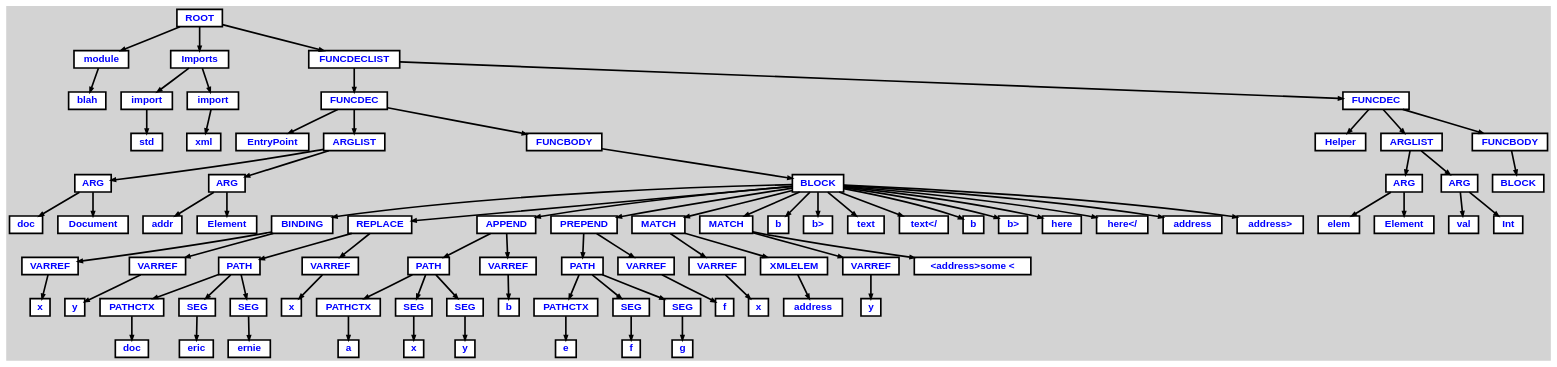
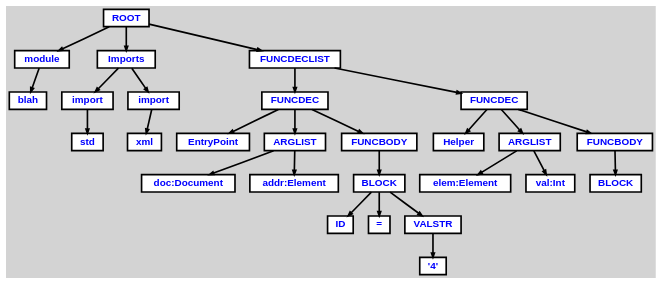
One commit to aabs/xmlpl changed the diagram in test-documents/AST.dot. Above: the diagram before and after it, drawn with Graphviz. The commit also changed 28 other files, not shown here.

```diff
--- a/test-documents/AST.dot
+++ b/test-documents/AST.dot
@@ -25,114 +25,27 @@
   n10 [label="EntryPoint"];
   n11 [label="ARGLIST"];
   n11 [label="ARGLIST"];
-  n12 [label="ARG"];
-  n12 [label="ARG"];
-  n13 [label="doc"];
-  n14 [label="Document"];
-  n15 [label="ARG"];
-  n15 [label="ARG"];
-  n16 [label="addr"];
-  n17 [label="Element"];
-  n18 [label="FUNCBODY"];
-  n18 [label="FUNCBODY"];
-  n19 [label="BLOCK"];
-  n19 [label="BLOCK"];
-  n20 [label="BINDING"];
-  n20 [label="BINDING"];
-  n21 [label="VARREF"];
-  n21 [label="VARREF"];
-  n22 [label="x"];
-  n23 [label="VARREF"];
-  n23 [label="VARREF"];
-  n24 [label="y"];
-  n25 [label="REPLACE"];
-  n25 [label="REPLACE"];
-  n26 [label="PATH"];
-  n26 [label="PATH"];
-  n27 [label="PATHCTX"];
-  n27 [label="PATHCTX"];
-  n28 [label="doc"];
-  n29 [label="SEG"];
-  n29 [label="SEG"];
-  n30 [label="eric"];
-  n31 [label="SEG"];
-  n31 [label="SEG"];
-  n32 [label="ernie"];
-  n33 [label="VARREF"];
-  n33 [label="VARREF"];
-  n34 [label="x"];
-  n35 [label="APPEND"];
-  n35 [label="APPEND"];
-  n36 [label="PATH"];
-  n36 [label="PATH"];
-  n37 [label="PATHCTX"];
-  n37 [label="PATHCTX"];
-  n38 [label="a"];
-  n39 [label="SEG"];
-  n39 [label="SEG"];
-  n40 [label="x"];
-  n41 [label="SEG"];
-  n41 [label="SEG"];
-  n42 [label="y"];
-  n43 [label="VARREF"];
-  n43 [label="VARREF"];
-  n44 [label="b"];
-  n45 [label="PREPEND"];
-  n45 [label="PREPEND"];
-  n46 [label="PATH"];
-  n46 [label="PATH"];
-  n47 [label="PATHCTX"];
-  n47 [label="PATHCTX"];
-  n48 [label="e"];
-  n49 [label="SEG"];
-  n49 [label="SEG"];
-  n50 [label="f"];
-  n51 [label="SEG"];
-  n51 [label="SEG"];
-  n52 [label="g"];
-  n53 [label="VARREF"];
-  n53 [label="VARREF"];
-  n54 [label="f"];
-  n55 [label="MATCH"];
-  n55 [label="MATCH"];
-  n56 [label="VARREF"];
-  n56 [label="VARREF"];
-  n57 [label="x"];
-  n58 [label="XMLELEM"];
-  n58 [label="XMLELEM"];
-  n59 [label="address"];
-  n60 [label="MATCH"];
-  n60 [label="MATCH"];
-  n61 [label="VARREF"];
-  n61 [label="VARREF"];
-  n62 [label="y"];
-  n63 [label="<address>some <"];
-  n64 [label="b"];
-  n65 [label="b>"];
-  n66 [label="text"];
-  n67 [label="text</"];
-  n68 [label="b"];
-  n69 [label="b>"];
-  n70 [label="here"];
-  n71 [label="here</"];
-  n72 [label="address"];
-  n73 [label="address>"];
-  n74 [label="FUNCDEC"];
-  n74 [label="FUNCDEC"];
-  n75 [label="Helper"];
-  n76 [label="ARGLIST"];
-  n76 [label="ARGLIST"];
-  n77 [label="ARG"];
-  n77 [label="ARG"];
-  n78 [label="elem"];
-  n79 [label="Element"];
-  n80 [label="ARG"];
-  n80 [label="ARG"];
-  n81 [label="val"];
-  n82 [label="Int"];
-  n83 [label="FUNCBODY"];
-  n83 [label="FUNCBODY"];
-  n84 [label="BLOCK"];
+  n12 [label="doc:Document"];
+  n13 [label="addr:Element"];
+  n14 [label="FUNCBODY"];
+  n14 [label="FUNCBODY"];
+  n15 [label="BLOCK"];
+  n15 [label="BLOCK"];
+  n16 [label="ID"];
+  n17 [label="="];
+  n18 [label="VALSTR"];
+  n18 [label="VALSTR"];
+  n19 [label="'4'"];
+  n20 [label="FUNCDEC"];
+  n20 [label="FUNCDEC"];
+  n21 [label="Helper"];
+  n22 [label="ARGLIST"];
+  n22 [label="ARGLIST"];
+  n23 [label="elem:Element"];
+  n24 [label="val:Int"];
+  n25 [label="FUNCBODY"];
+  n25 [label="FUNCBODY"];
+  n26 [label="BLOCK"];
 
   n0 -> n1 // "ROOT" -> "module"
   n1 -> n2 // "module" -> "blah"
@@ -145,78 +58,20 @@
   n8 -> n9 // "FUNCDECLIST" -> "FUNCDEC"
   n9 -> n10 // "FUNCDEC" -> "EntryPoint"
   n9 -> n11 // "FUNCDEC" -> "ARGLIST"
-  n11 -> n12 // "ARGLIST" -> "ARG"
-  n12 -> n13 // "ARG" -> "doc"
-  n12 -> n14 // "ARG" -> "Document"
-  n11 -> n15 // "ARGLIST" -> "ARG"
-  n15 -> n16 // "ARG" -> "addr"
-  n15 -> n17 // "ARG" -> "Element"
-  n9 -> n18 // "FUNCDEC" -> "FUNCBODY"
-  n18 -> n19 // "FUNCBODY" -> "BLOCK"
-  n19 -> n20 // "BLOCK" -> "BINDING"
-  n20 -> n21 // "BINDING" -> "VARREF"
-  n21 -> n22 // "VARREF" -> "x"
-  n20 -> n23 // "BINDING" -> "VARREF"
-  n23 -> n24 // "VARREF" -> "y"
-  n19 -> n25 // "BLOCK" -> "REPLACE"
-  n25 -> n26 // "REPLACE" -> "PATH"
-  n26 -> n27 // "PATH" -> "PATHCTX"
-  n27 -> n28 // "PATHCTX" -> "doc"
-  n26 -> n29 // "PATH" -> "SEG"
-  n29 -> n30 // "SEG" -> "eric"
-  n26 -> n31 // "PATH" -> "SEG"
-  n31 -> n32 // "SEG" -> "ernie"
-  n25 -> n33 // "REPLACE" -> "VARREF"
-  n33 -> n34 // "VARREF" -> "x"
-  n19 -> n35 // "BLOCK" -> "APPEND"
-  n35 -> n36 // "APPEND" -> "PATH"
-  n36 -> n37 // "PATH" -> "PATHCTX"
-  n37 -> n38 // "PATHCTX" -> "a"
-  n36 -> n39 // "PATH" -> "SEG"
-  n39 -> n40 // "SEG" -> "x"
-  n36 -> n41 // "PATH" -> "SEG"
-  n41 -> n42 // "SEG" -> "y"
-  n35 -> n43 // "APPEND" -> "VARREF"
-  n43 -> n44 // "VARREF" -> "b"
-  n19 -> n45 // "BLOCK" -> "PREPEND"
-  n45 -> n46 // "PREPEND" -> "PATH"
-  n46 -> n47 // "PATH" -> "PATHCTX"
-  n47 -> n48 // "PATHCTX" -> "e"
-  n46 -> n49 // "PATH" -> "SEG"
-  n49 -> n50 // "SEG" -> "f"
-  n46 -> n51 // "PATH" -> "SEG"
-  n51 -> n52 // "SEG" -> "g"
-  n45 -> n53 // "PREPEND" -> "VARREF"
-  n53 -> n54 // "VARREF" -> "f"
-  n19 -> n55 // "BLOCK" -> "MATCH"
-  n55 -> n56 // "MATCH" -> "VARREF"
-  n56 -> n57 // "VARREF" -> "x"
-  n55 -> n58 // "MATCH" -> "XMLELEM"
-  n58 -> n59 // "XMLELEM" -> "address"
-  n19 -> n60 // "BLOCK" -> "MATCH"
-  n60 -> n61 // "MATCH" -> "VARREF"
-  n61 -> n62 // "VARREF" -> "y"
-  n60 -> n63 // "MATCH" -> "<address>some <"
-  n19 -> n64 // "BLOCK" -> "b"
-  n19 -> n65 // "BLOCK" -> "b>"
-  n19 -> n66 // "BLOCK" -> "text"
-  n19 -> n67 // "BLOCK" -> "text</"
-  n19 -> n68 // "BLOCK" -> "b"
-  n19 -> n69 // "BLOCK" -> "b>"
-  n19 -> n70 // "BLOCK" -> "here"
-  n19 -> n71 // "BLOCK" -> "here</"
-  n19 -> n72 // "BLOCK" -> "address"
-  n19 -> n73 // "BLOCK" -> "address>"
-  n8 -> n74 // "FUNCDECLIST" -> "FUNCDEC"
-  n74 -> n75 // "FUNCDEC" -> "Helper"
-  n74 -> n76 // "FUNCDEC" -> "ARGLIST"
-  n76 -> n77 // "ARGLIST" -> "ARG"
-  n77 -> n78 // "ARG" -> "elem"
-  n77 -> n79 // "ARG" -> "Element"
-  n76 -> n80 // "ARGLIST" -> "ARG"
-  n80 -> n81 // "ARG" -> "val"
-  n80 -> n82 // "ARG" -> "Int"
-  n74 -> n83 // "FUNCDEC" -> "FUNCBODY"
-  n83 -> n84 // "FUNCBODY" -> "BLOCK"
+  n11 -> n12 // "ARGLIST" -> "doc:Document"
+  n11 -> n13 // "ARGLIST" -> "addr:Element"
+  n9 -> n14 // "FUNCDEC" -> "FUNCBODY"
+  n14 -> n15 // "FUNCBODY" -> "BLOCK"
+  n15 -> n16 // "BLOCK" -> "ID"
+  n15 -> n17 // "BLOCK" -> "="
+  n15 -> n18 // "BLOCK" -> "VALSTR"
+  n18 -> n19 // "VALSTR" -> "'4'"
+  n8 -> n20 // "FUNCDECLIST" -> "FUNCDEC"
+  n20 -> n21 // "FUNCDEC" -> "Helper"
+  n20 -> n22 // "FUNCDEC" -> "ARGLIST"
+  n22 -> n23 // "ARGLIST" -> "elem:Element"
+  n22 -> n24 // "ARGLIST" -> "val:Int"
+  n20 -> n25 // "FUNCDEC" -> "FUNCBODY"
+  n25 -> n26 // "FUNCBODY" -> "BLOCK"
 
 }
```
